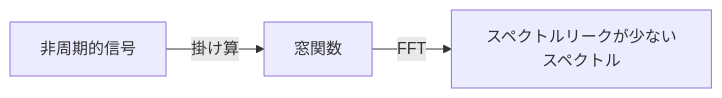
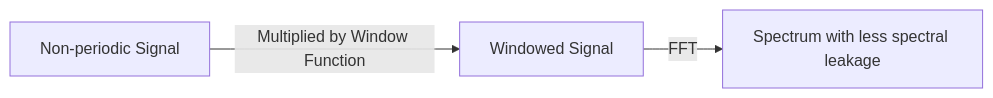
One commit to neetjack/neetjack.github.io changed the second of 2 diagrams in src/content/posts/Windowing/windowing-JP.md. Above: the diagram before and after it, drawn with Mermaid. The commit also changed other lines of this file and 1 other file, not shown here.

````diff
--- a/src/content/posts/Windowing/windowing-JP.md
+++ b/src/content/posts/Windowing/windowing-JP.md
@@ -86,4 +86,4 @@
 ```mermaid
 graph LR;
-    A[非周期的信号] --> |掛け算| B[窓関数] --> |FFT| C[スペクトルリークが少ないスペクトル];
+    A[Non-periodic Signal] --> |Multiplied by Window Function| B[Windowed Signal] --> |FFT| C[Spectrum with less spectral leakage];
 ```
````
